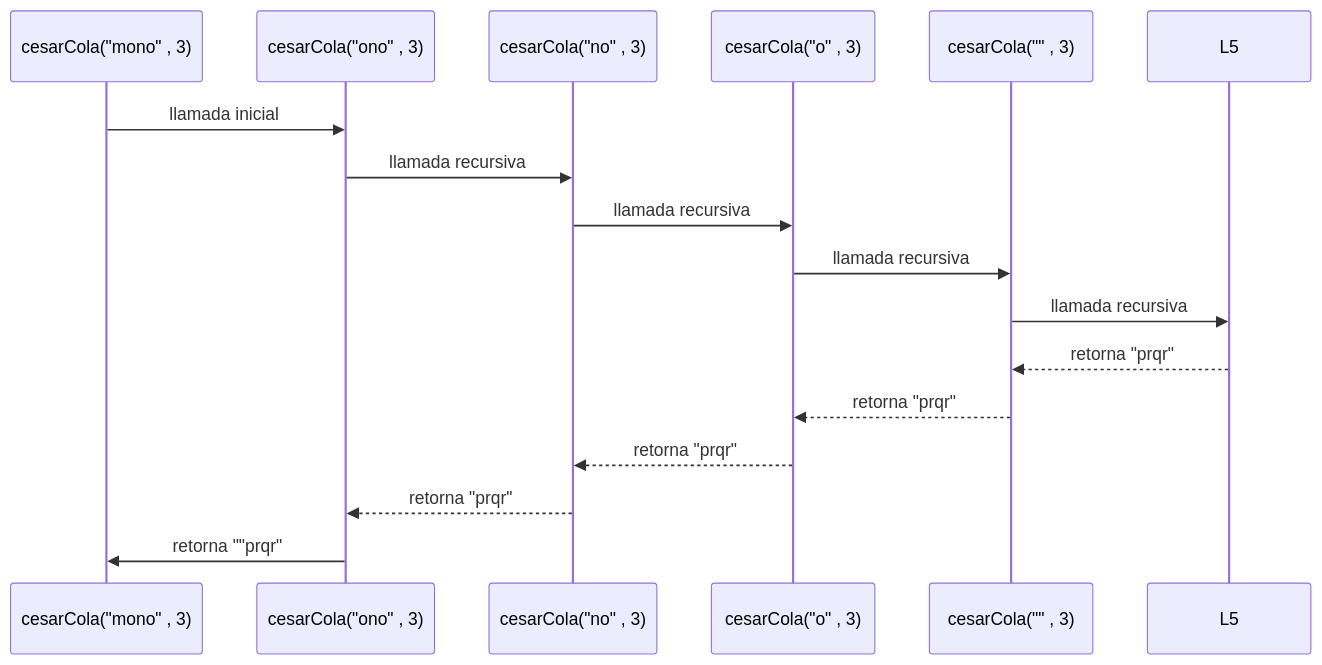
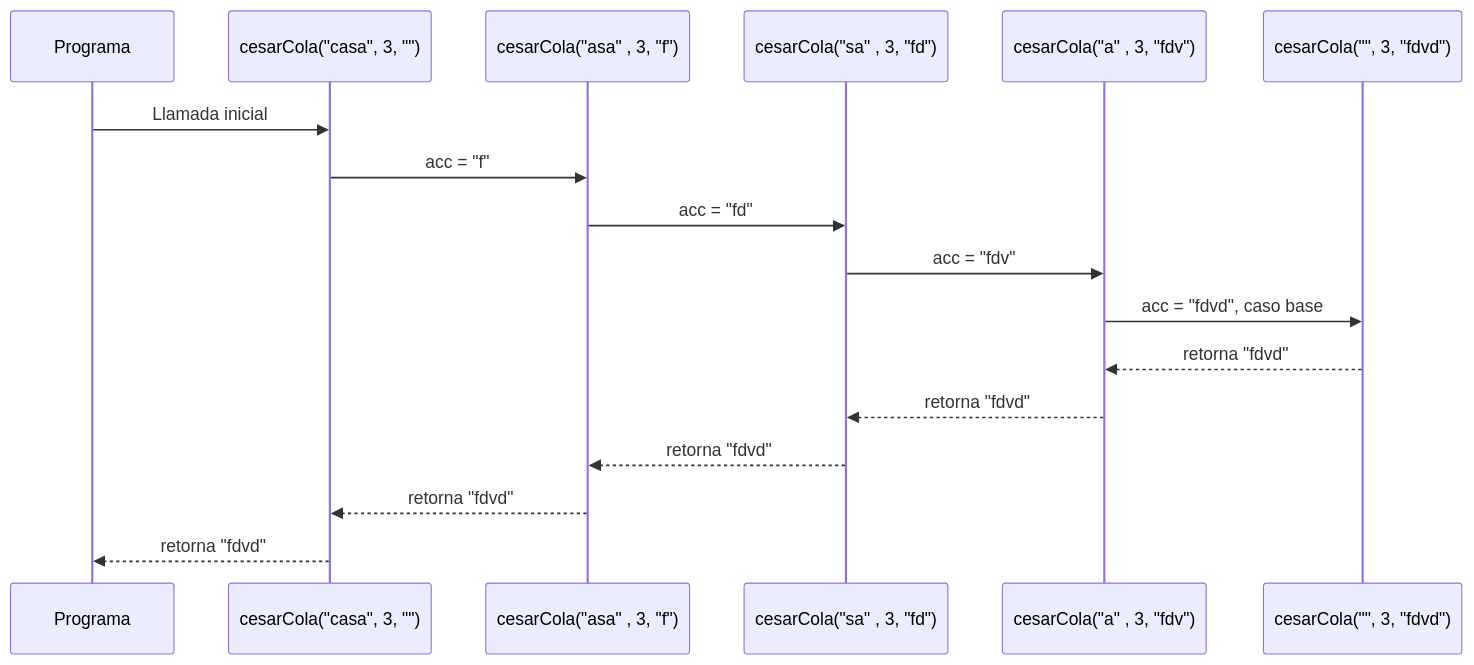
One commit to Lopez-andres/pfc-taller-1-cifrados-clasicos changed the second of 5 diagrams in docs/proceso.md. Above: the diagram before and after it, drawn with Mermaid. The commit also changed other lines of this file and 2 other files, not shown here.

````diff
--- a/docs/proceso.md
+++ b/docs/proceso.md
@@ -281,21 +297,21 @@
 ```mermaid
 sequenceDiagram 
-    participant Main as cesarCola("mono" , 3)
-    participant L1 as cesarCola("ono" , 3)
-    participant L2 as cesarCola("no" , 3)
-    participant L3 as cesarCola("o" , 3)
-    participant L4 as cesarCola("" , 3)
+    participant U as Programa
+    participant Main as cesarCola("casa", 3, "")
+    participant L1 as cesarCola("asa" , 3, "f")
+    participant L2 as cesarCola("sa" , 3, "fd")
+    participant L3 as cesarCola("a" , 3, "fdv")
+    participant L4 as cesarCola("", 3, "fdvd")
   
-
-    Main->>L1: llamada inicial
-    L1->>L2: llamada recursiva 
-    L2->>L3: llamada recursiva 
-    L3->>L4: llamada recursiva 
-    L4->>L5: llamada recursiva 
+    U->>Main: Llamada inicial
+    Main->>L1: acc = "f"
+    L1->>L2: acc = "fd"
+    L2->>L3: acc = "fdv" 
+    L3->>L4: acc = "fdvd", caso base
     
-    L5-->>L4:retorna "prqr"
-    L4-->>L3:retorna "prqr"
-    L3-->>L2:retorna "prqr"
-    L2-->>L1:retorna "prqr"
-    L1->>Main: retorna ""prqr"
+    L4-->>L3: retorna "fdvd"
+    L3-->>L2: retorna "fdvd"
+    L2-->>L1: retorna "fdvd"
+    L1-->>Main: retorna "fdvd"
+    Main-->>U: retorna "fdvd"
 ```
````
